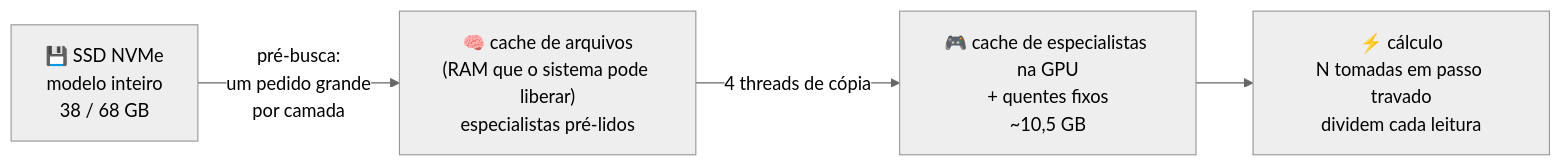
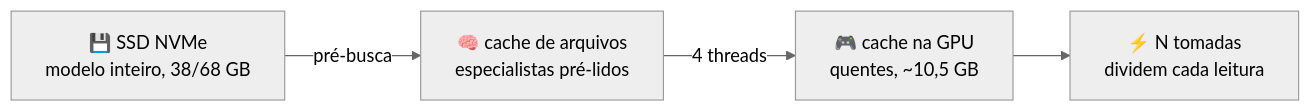
The diagram in README.pt-BR.md (SauloEdu/bigger-than-vram), drawn with Mermaid (neutral theme) before and after one commit. The commit also changed 1 other file, not shown here.

Commit message:
docs: rótulos curtos no gráfico e no diagrama do README

````diff
--- a/README.pt-BR.md
+++ b/README.pt-BR.md
@@ -66,6 +66,6 @@
 ```mermaid
 flowchart LR
-    SSD["💾 SSD NVMe<br/>modelo inteiro<br/>38 / 68 GB"] -->|"pré-busca:<br/>um pedido grande<br/>por camada"| RAM["🧠 cache de arquivos<br/>(RAM que o sistema pode liberar)<br/>especialistas pré-lidos"]
-    RAM -->|"4 threads de cópia"| VRAM["🎮 cache de especialistas na GPU<br/>+ quentes fixos<br/>~10,5 GB"]
-    VRAM --> GPU["⚡ cálculo<br/>N tomadas em passo travado<br/>dividem cada leitura"]
+    SSD["💾 SSD NVMe<br/>modelo inteiro, 38/68 GB"] -->|pré-busca| RAM["🧠 cache de arquivos<br/>especialistas pré-lidos"]
+    RAM -->|4 threads| VRAM["🎮 cache na GPU<br/>quentes, ~10,5 GB"]
+    VRAM --> GPU["⚡ N tomadas<br/>dividem cada leitura"]
 ```
````
